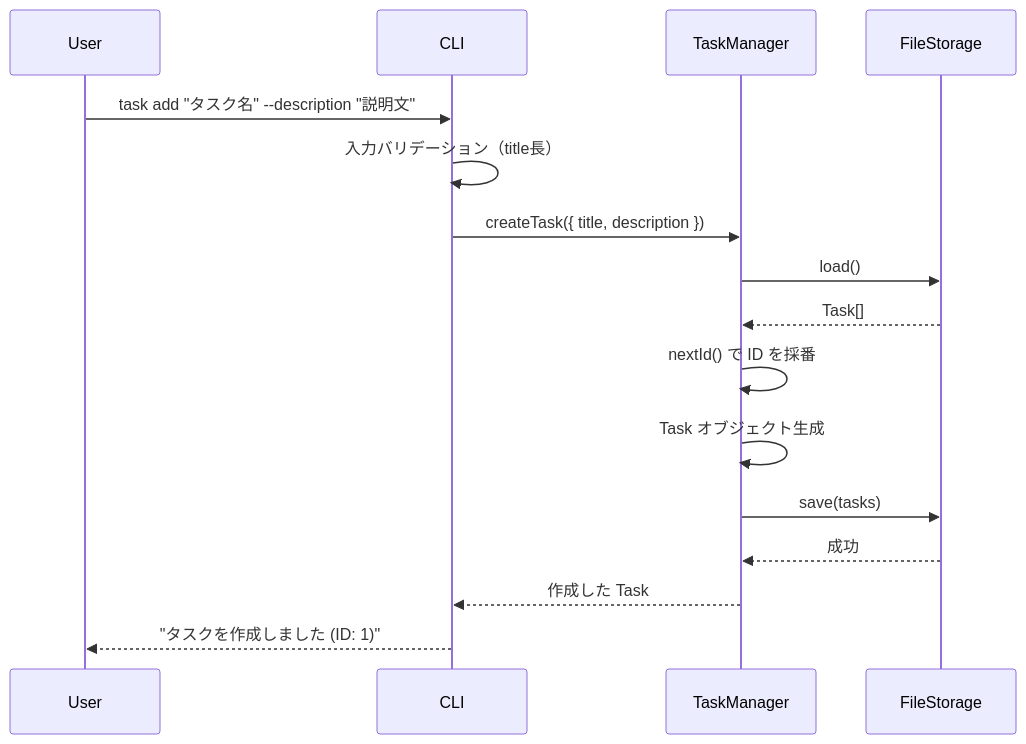
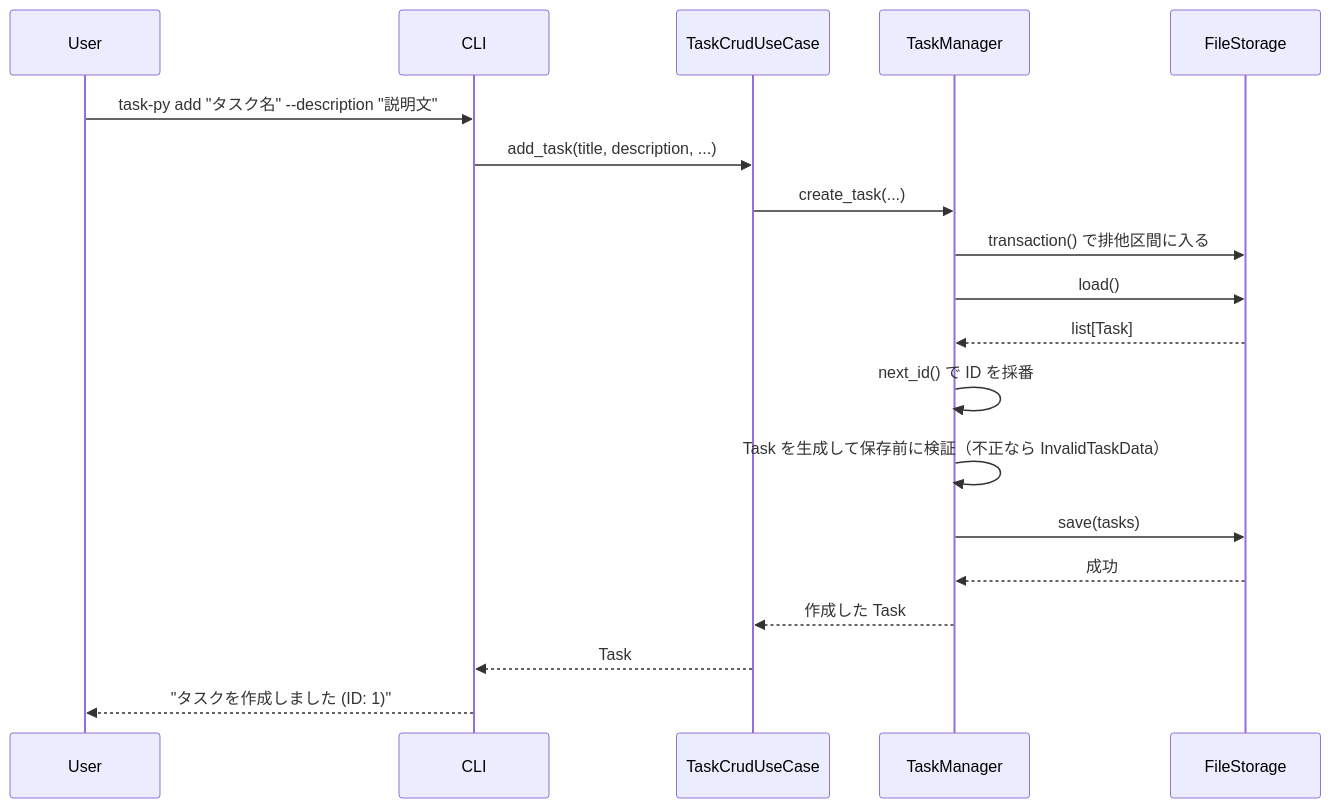
One commit to kanan4gh/dev-tasks2-py changed the third of 8 diagrams in docs/functional-design.md. Above: the diagram before and after it, drawn with Mermaid. The commit also changed other lines of this file and 5 other files, not shown here.

````diff
--- a/docs/functional-design.md
+++ b/docs/functional-design.md
@@ -582,19 +551,22 @@
 ```mermaid
 sequenceDiagram
     participant User
     participant CLI
+    participant UseCase as TaskCrudUseCase
     participant TaskManager
     participant FileStorage
 
-    User->>CLI: task add "タスク名" --description "説明文"
-    CLI->>CLI: 入力バリデーション（title長）
-    CLI->>TaskManager: createTask({ title, description })
+    User->>CLI: task-py add "タスク名" --description "説明文"
+    CLI->>UseCase: add_task(title, description, ...)
+    UseCase->>TaskManager: create_task(...)
+    TaskManager->>FileStorage: transaction() で排他区間に入る
     TaskManager->>FileStorage: load()
-    FileStorage-->>TaskManager: Task[]
-    TaskManager->>TaskManager: nextId() で ID を採番
-    TaskManager->>TaskManager: Task オブジェクト生成
+    FileStorage-->>TaskManager: list[Task]
+    TaskManager->>TaskManager: next_id() で ID を採番
+    TaskManager->>TaskManager: Task を生成して保存前に検証（不正なら InvalidTaskData）
     TaskManager->>FileStorage: save(tasks)
     FileStorage-->>TaskManager: 成功
-    TaskManager-->>CLI: 作成した Task
+    TaskManager-->>UseCase: 作成した Task
+    UseCase-->>CLI: Task
     CLI-->>User: "タスクを作成しました (ID: 1)"
 ```
````
